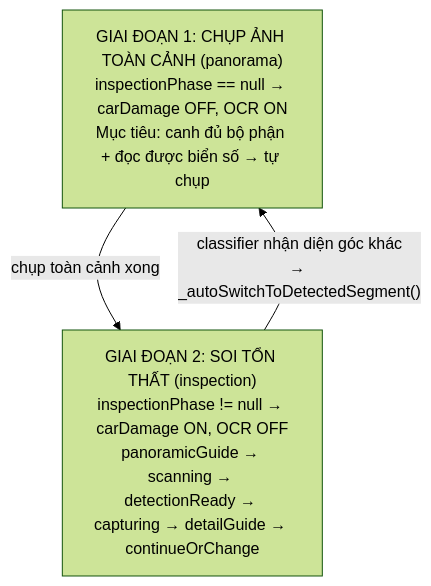
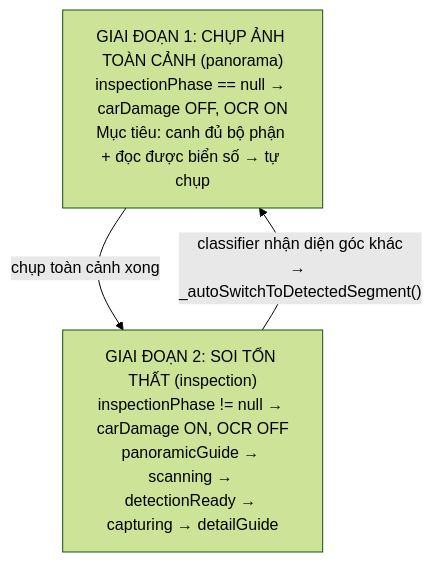
Before and after one commit to Aicycle-Insurance/aicycle_on_device: the third of 9 diagrams in CAMERA_CONTROLLER.md, drawn with Mermaid (forest theme). The commit also changed other lines of this file and 7 other files, not shown here.

Commit message:
fix camera inspection capture flow

````diff
--- a/CAMERA_CONTROLLER.md
+++ b/CAMERA_CONTROLLER.md
@@ -82,7 +82,7 @@
 ```mermaid
 flowchart TD
     A["GIAI ĐOẠN 1: CHỤP ẢNH TOÀN CẢNH (panorama)<br/>inspectionPhase == null → carDamage OFF, OCR ON<br/>Mục tiêu: canh đủ bộ phận + đọc được biển số → tự chụp"]
-    B["GIAI ĐOẠN 2: SOI TỔN THẤT (inspection)<br/>inspectionPhase != null → carDamage ON, OCR OFF<br/>panoramicGuide → scanning → detectionReady → capturing → detailGuide → continueOrChange"]
+    B["GIAI ĐOẠN 2: SOI TỔN THẤT (inspection)<br/>inspectionPhase != null → carDamage ON, OCR OFF<br/>panoramicGuide → scanning → detectionReady → capturing → detailGuide"]
     A -->|"chụp toàn cảnh xong"| B
     B -->|"classifier nhận diện góc khác<br/>→ _autoSwitchToDetectedSegment()"| A
 ```
````
